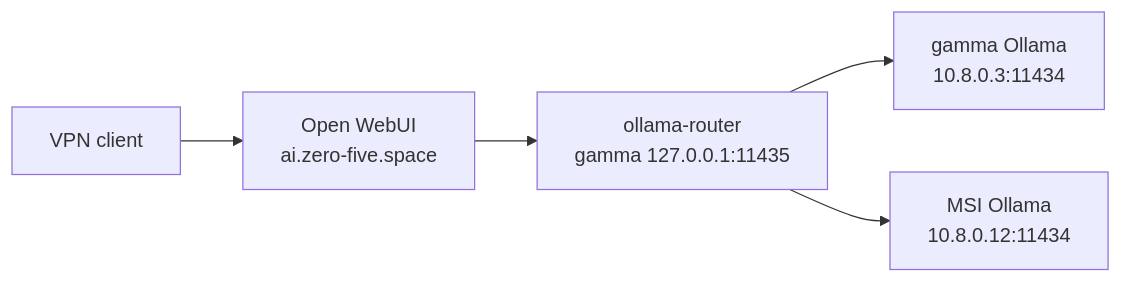
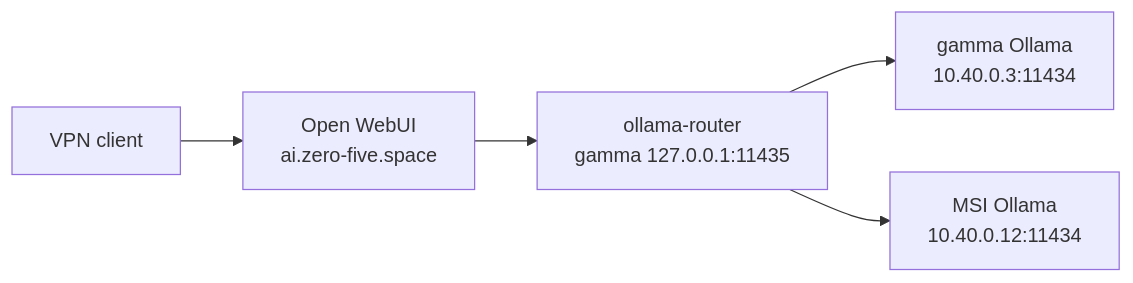
Before and after one commit to Manuel0516/zero-five-handbook: the diagram in content/docs/laptop-msi/ollama.mdx, drawn with Mermaid. The commit also changed other lines of this file and 52 other files, not shown here.

````diff
--- a/content/docs/laptop-msi/ollama.mdx
+++ b/content/docs/laptop-msi/ollama.mdx
@@ -11,7 +11,7 @@
 ```mermaid
 flowchart LR
     browser["VPN client"] --> webui["Open WebUI<br/>ai.zero-five.space"]
     webui --> router["ollama-router<br/>gamma 127.0.0.1:11435"]
-    router --> server["gamma Ollama<br/>10.8.0.3:11434"]
-    router --> msi["MSI Ollama<br/>10.8.0.12:11434"]
+    router --> server["gamma Ollama<br/>10.40.0.3:11434"]
+    router --> msi["MSI Ollama<br/>10.40.0.12:11434"]
 ```
````
